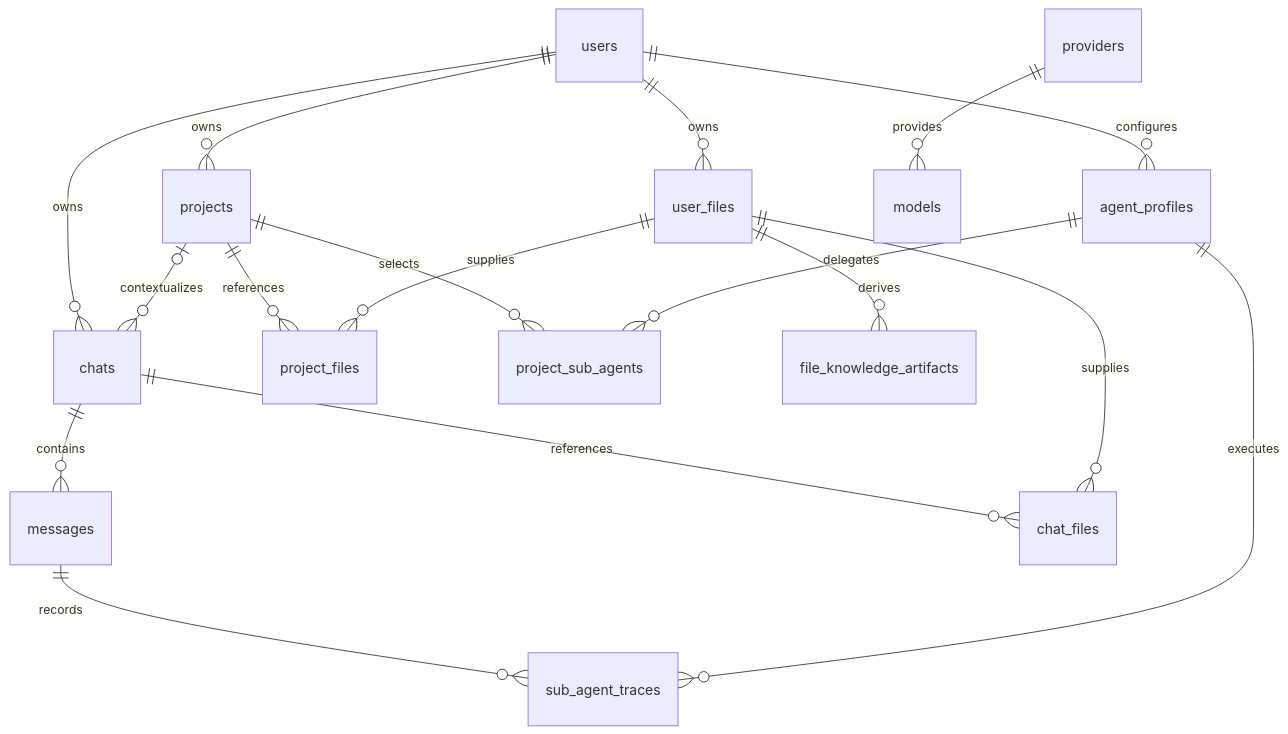
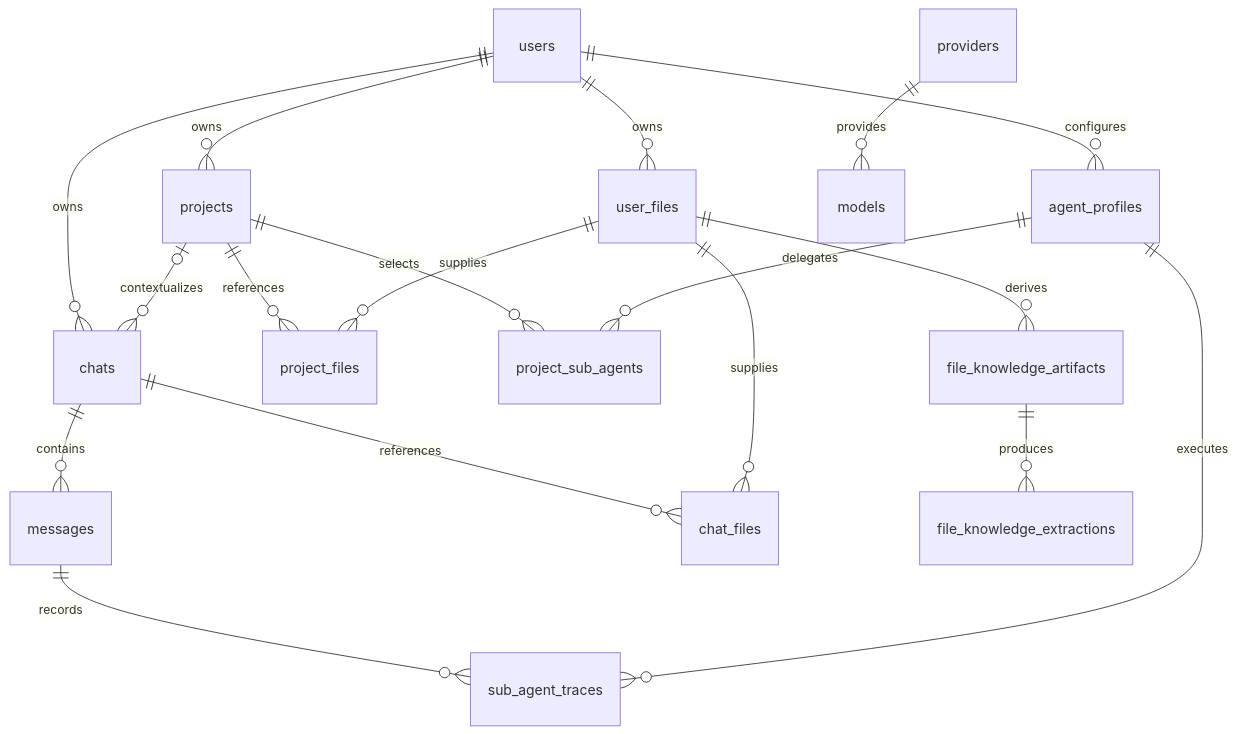
One commit to dbracewell/Asterism changed the second of 3 diagrams in docs/architecture/data-and-storage.md. Above: the diagram before and after it, drawn with Mermaid. The commit also changed other lines of this file and 47 other files, not shown here.

````diff
--- a/docs/architecture/data-and-storage.md
+++ b/docs/architecture/data-and-storage.md
@@ -51,19 +51,20 @@
 ```mermaid
 erDiagram
     users ||--o{ projects : owns
     users ||--o{ chats : owns
     users ||--o{ agent_profiles : configures
     users ||--o{ user_files : owns
     projects |o--o{ chats : contextualizes
     projects ||--o{ project_files : references
     projects ||--o{ project_sub_agents : selects
     agent_profiles ||--o{ project_sub_agents : delegates
     chats ||--o{ messages : contains
     chats ||--o{ chat_files : references
     user_files ||--o{ project_files : supplies
     user_files ||--o{ chat_files : supplies
     user_files ||--o{ file_knowledge_artifacts : derives
+    file_knowledge_artifacts ||--o{ file_knowledge_extractions : produces
     messages ||--o{ sub_agent_traces : records
     agent_profiles ||--o{ sub_agent_traces : executes
     providers ||--o{ models : provides
 ```
````
